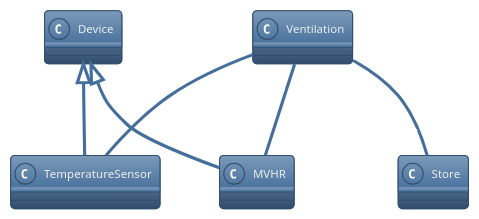
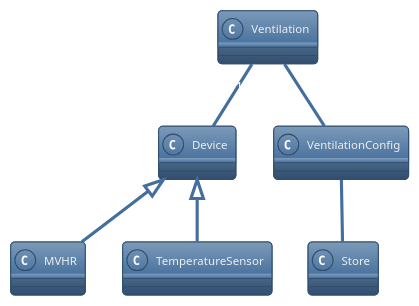
One commit to OODesigns/universal-control-hub changed the diagram in designs/Ventilation Domain.puml. Above: the diagram before and after it, drawn with PlantUML. The commit also changed 5 other files, not shown here.

```diff
--- a/designs/Ventilation Domain.puml
+++ b/designs/Ventilation Domain.puml
@@ -1,21 +1,23 @@
 @startuml
 'https://plantuml.com/class-diagram
 !theme spacelab
 
 class Ventilation {}
 
 class MVHR {}
 
 class TemperatureSensor{}
 
 class Device{}
 
 class Store{}
 
-Ventilation "1"-- "1" MVHR: has oversight of
-Ventilation "1"-- "0..n" TemperatureSensor: may reference
-Ventilation "1"-- "1" Store
+class VentilationConfig
+
+VentilationConfig "1"-- "1" Store
+Ventilation "1"--VentilationConfig
 Device <|-- MVHR
 Device <|-- TemperatureSensor
+Ventilation "1"--"1..n" Device
 
 @enduml
```
